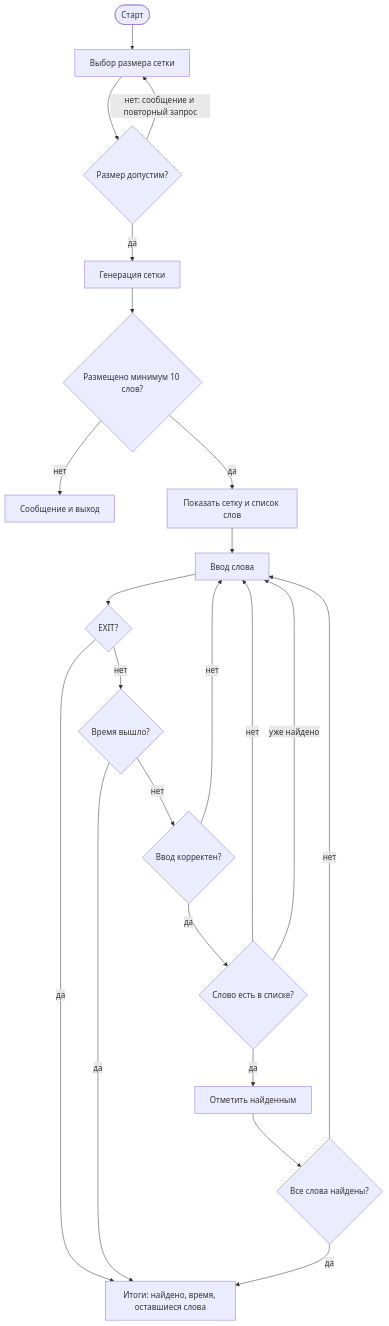
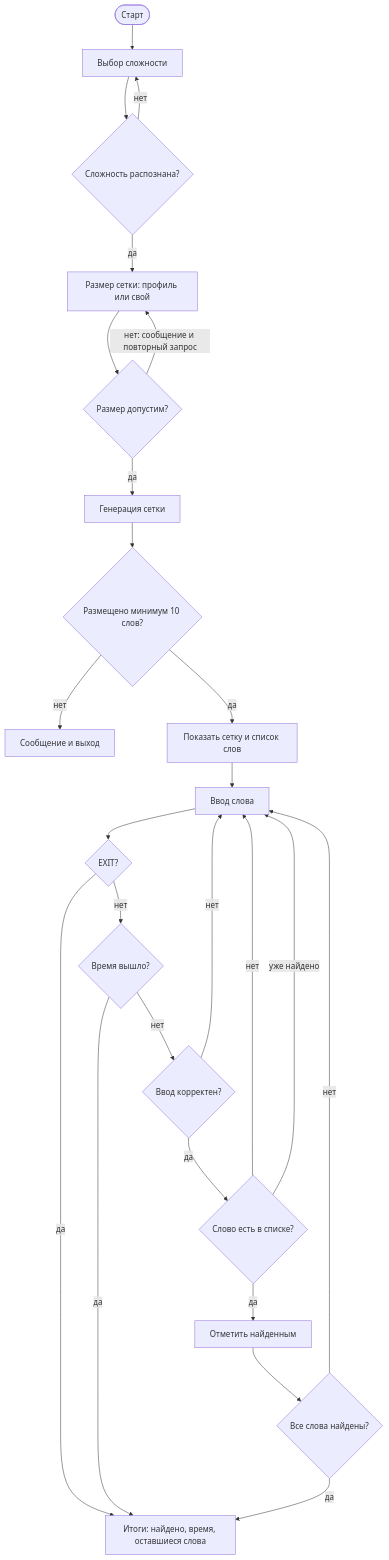
Before and after one commit to zaeso/zaeso-Words: the second of 4 diagrams in zaeso-Words-Roadmap.md, drawn with Mermaid. The commit also changed other lines of this file and 10 other files, not shown here.

````diff
--- a/zaeso-Words-Roadmap.md
+++ b/zaeso-Words-Roadmap.md
@@ -117,24 +128,27 @@
 ```mermaid
 flowchart TD
-    S(["Старт"]) --> SZ["Выбор размера сетки"]
+    S(["Старт"]) --> D["Выбор сложности"]
+    D --> DV{"Сложность распознана?"}
+    DV -->|"нет"| D
+    DV -->|"да"| SZ["Размер сетки: профиль или свой"]
     SZ --> V{"Размер допустим?"}
     V -->|"нет: сообщение и повторный запрос"| SZ
     V -->|"да"| GEN["Генерация сетки"]
     GEN --> MIN{"Размещено минимум 10 слов?"}
     MIN -->|"нет"| FAIL["Сообщение и выход"]
     MIN -->|"да"| SHOW["Показать сетку и список слов"]
     SHOW --> INPUT["Ввод слова"]
     INPUT --> EXIT{"EXIT?"}
     EXIT -->|"да"| RESULT
     EXIT -->|"нет"| TIME{"Время вышло?"}
     TIME -->|"да"| RESULT
     TIME -->|"нет"| VALID{"Ввод корректен?"}
     VALID -->|"нет"| INPUT
     VALID -->|"да"| CHECK{"Слово есть в списке?"}
     CHECK -->|"нет"| INPUT
     CHECK -->|"уже найдено"| INPUT
     CHECK -->|"да"| MARK["Отметить найденным"]
     MARK --> DONE{"Все слова найдены?"}
     DONE -->|"нет"| INPUT
     DONE -->|"да"| RESULT["Итоги: найдено, время, оставшиеся слова"]
 ```
````
